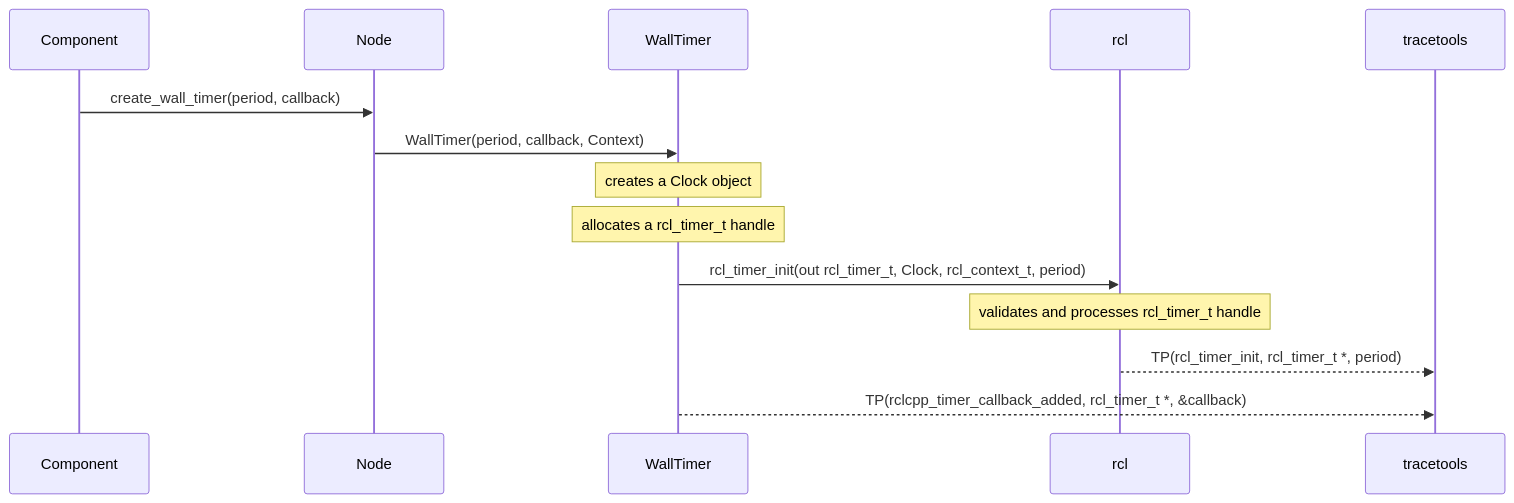
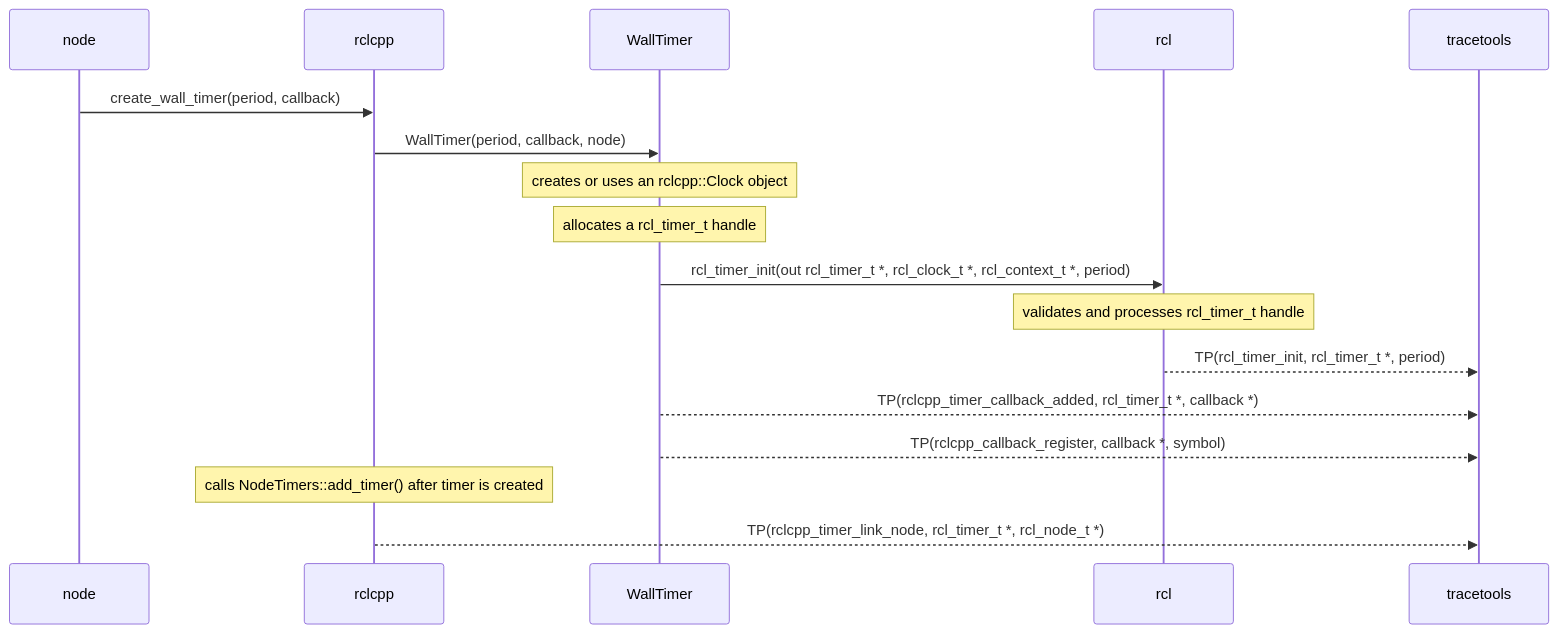
Before and after one commit to ros2-split-gbp/ros2_tracing-release: diagram 12 of 17 in doc/design_ros_2.md, drawn with Mermaid. The commit also changed other lines of this file and 83 other files, not shown here.

````diff
--- a/doc/design_ros_2.md
+++ b/doc/design_ros_2.md
@@ -475,17 +682,20 @@
 ```mermaid
 sequenceDiagram
-    participant Component
-    participant Node
+    participant node
+    participant rclcpp
     participant WallTimer
     participant rcl
     participant tracetools
 
-    Component->>Node: create_wall_timer(period, callback)
-    Node->>WallTimer: WallTimer(period, callback, Context)
-    Note over WallTimer: creates a Clock object
+    node->>rclcpp: create_wall_timer(period, callback)
+    rclcpp->>WallTimer: WallTimer(period, callback, node)
+    Note over WallTimer: creates or uses an rclcpp::Clock object
     Note over WallTimer: allocates a rcl_timer_t handle
-    WallTimer->>rcl: rcl_timer_init(out rcl_timer_t, Clock, rcl_context_t, period)
+    WallTimer->>rcl: rcl_timer_init(out rcl_timer_t *, rcl_clock_t *, rcl_context_t *, period)
     Note over rcl: validates and processes rcl_timer_t handle
     rcl-->>tracetools: TP(rcl_timer_init, rcl_timer_t *, period)
-    WallTimer-->>tracetools: TP(rclcpp_timer_callback_added, rcl_timer_t *, &callback)
+    WallTimer-->>tracetools: TP(rclcpp_timer_callback_added, rcl_timer_t *, callback *)
+    WallTimer-->>tracetools: TP(rclcpp_callback_register, callback *, symbol)
+    Note over rclcpp: calls NodeTimers::add_timer() after timer is created
+    rclcpp-->>tracetools: TP(rclcpp_timer_link_node, rcl_timer_t *, rcl_node_t *)
 ```
````
